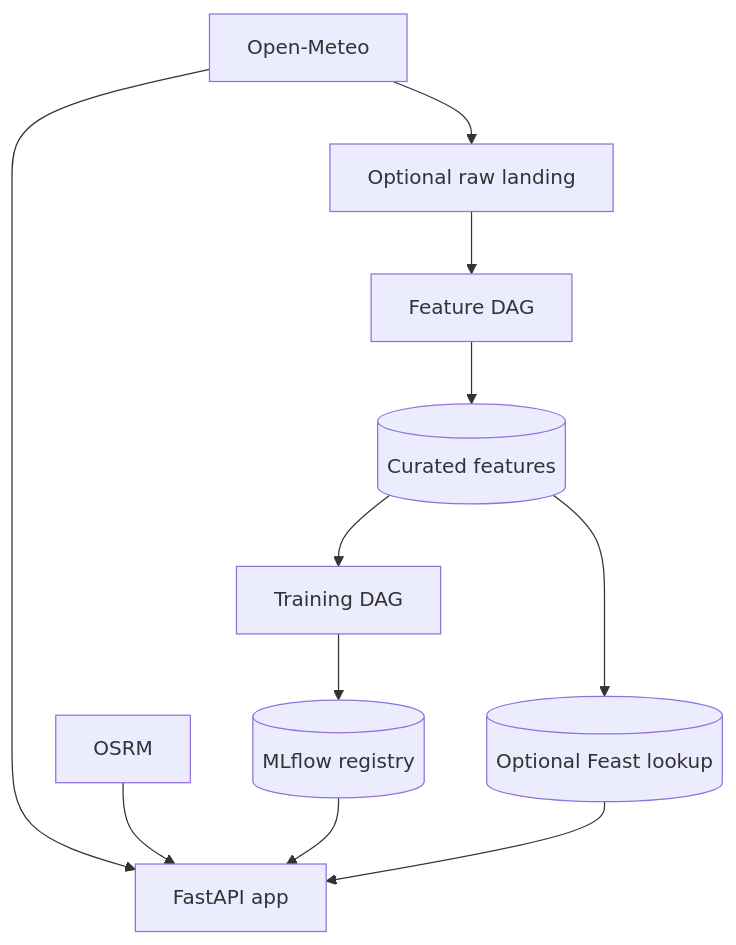
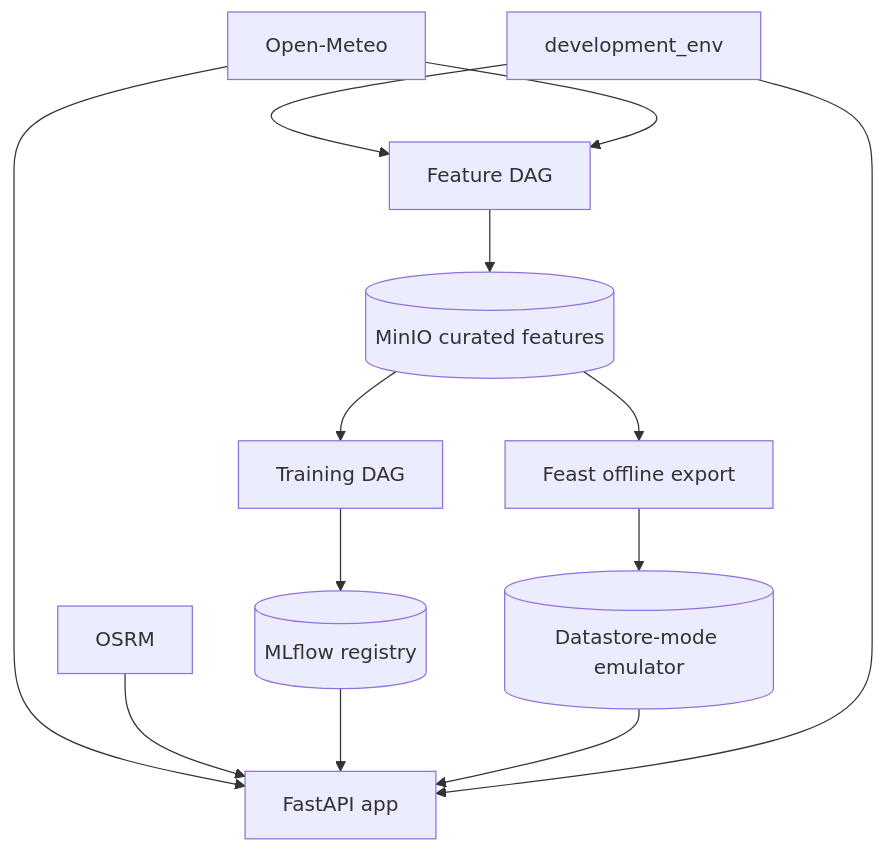
Before and after one commit to javihslu/foehncast: the third of 5 diagrams in docs/site/system/architecture.md, drawn with Mermaid. The commit also changed other lines of this file and 64 other files, not shown here.

```diff
--- a/docs/site/system/architecture.md
+++ b/docs/site/system/architecture.md
@@ -74,15 +74,17 @@
 <div class="mermaid">
 flowchart TD
-    OME[Open-Meteo] --> LAND[Optional raw landing]
-    LAND --> FEAT[Feature DAG]
-    FEAT --> PAR[(Curated features)]
+    DEV[development_env] --> FEAT[Feature DAG]
+    OME[Open-Meteo] --> FEAT
+    FEAT --> PAR[(MinIO curated features)]
     PAR --> TRAIN[Training DAG]
     TRAIN --> MLF[(MLflow registry)]
 
     OME --> APP[FastAPI app]
     OSRM[OSRM] --> APP
     MLF --> APP
 
-    PAR --> FEAST[(Optional Feast lookup)]
+    PAR --> OFF[Feast offline export]
+    OFF --> FEAST[(Datastore-mode emulator)]
     FEAST --> APP
+    DEV --> APP
 </div>
```
